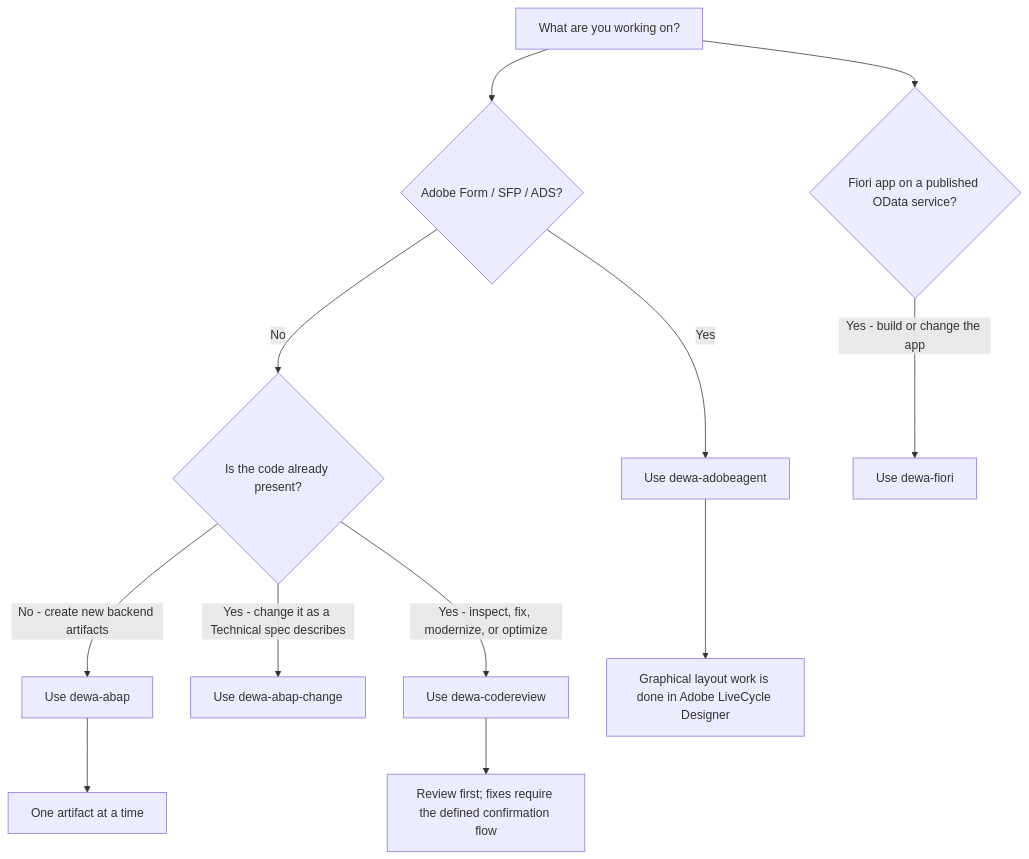
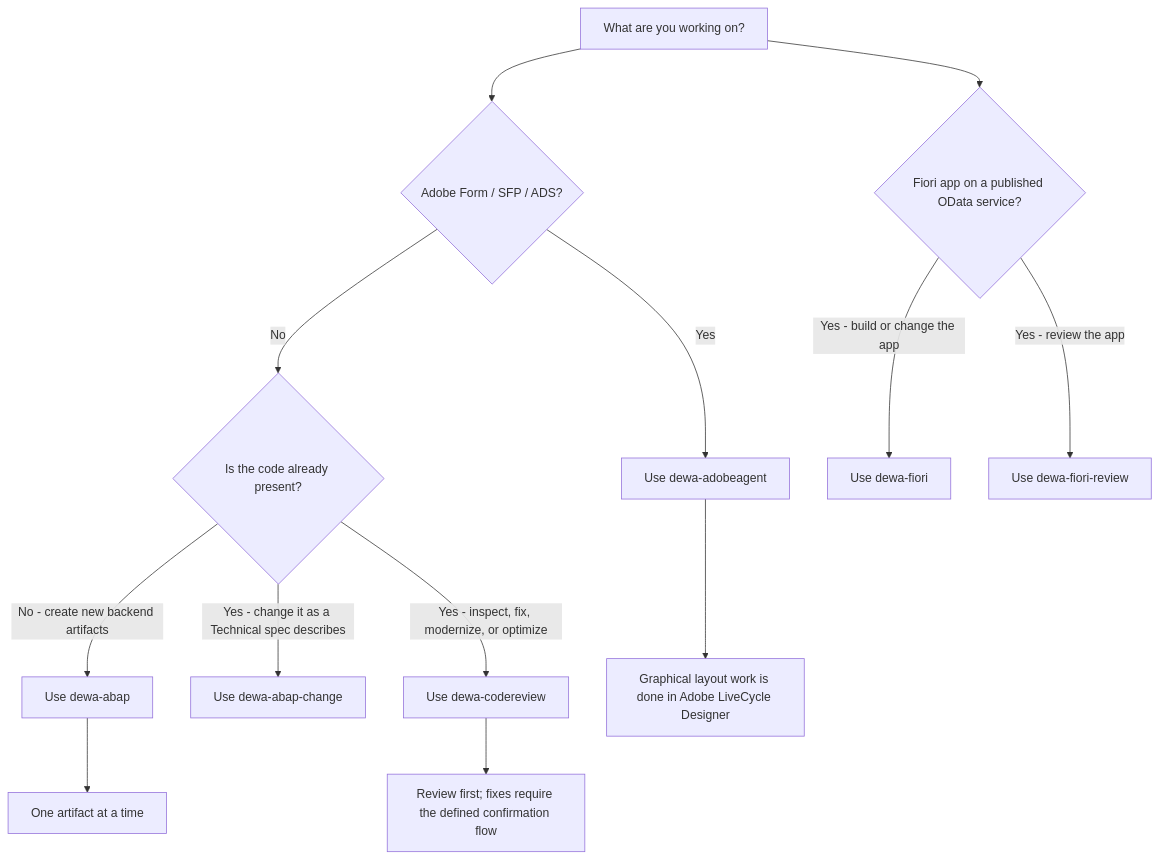
The first of 3 diagrams in docs/AGENT_WORKFLOWS.md (abdulsameemd/Development-Specification-Builder), drawn with Mermaid before and after one commit. The commit also changed other lines of this file and 43 other files, not shown here.

First line of the commit message:
1.0.31: dewa-fiori-review – code review agent for Fiori / UI5 front ends

````diff
--- a/docs/AGENT_WORKFLOWS.md
+++ b/docs/AGENT_WORKFLOWS.md
@@ -19,14 +20,15 @@
 ```mermaid
 flowchart TD
     A[What are you working on?] --> B{Adobe Form / SFP / ADS?}
     B -->|Yes| C[Use dewa-adobeagent]
     B -->|No| D{Is the code already present?}
     D -->|No - create new backend artifacts| E[Use dewa-abap]
     D -->|Yes - change it as a Technical spec describes| X[Use dewa-abap-change]
     A --> FI{Fiori app on a published OData service?}
     FI -->|Yes - build or change the app| Y[Use dewa-fiori]
+    FI -->|Yes - review the app| YR[Use dewa-fiori-review]
     D -->|Yes - inspect, fix, modernize, or optimize| F[Use dewa-codereview]
     C --> G[Graphical layout work is done in Adobe LiveCycle Designer]
     E --> H[One artifact at a time]
     F --> I[Review first; fixes require the defined confirmation flow]
 ```
````
